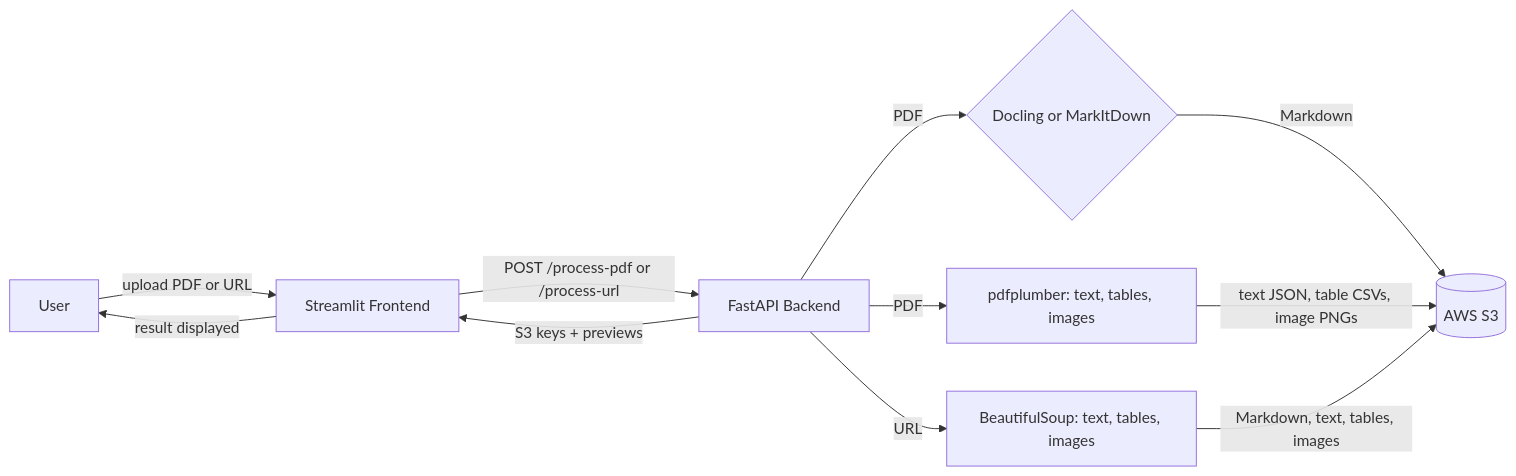
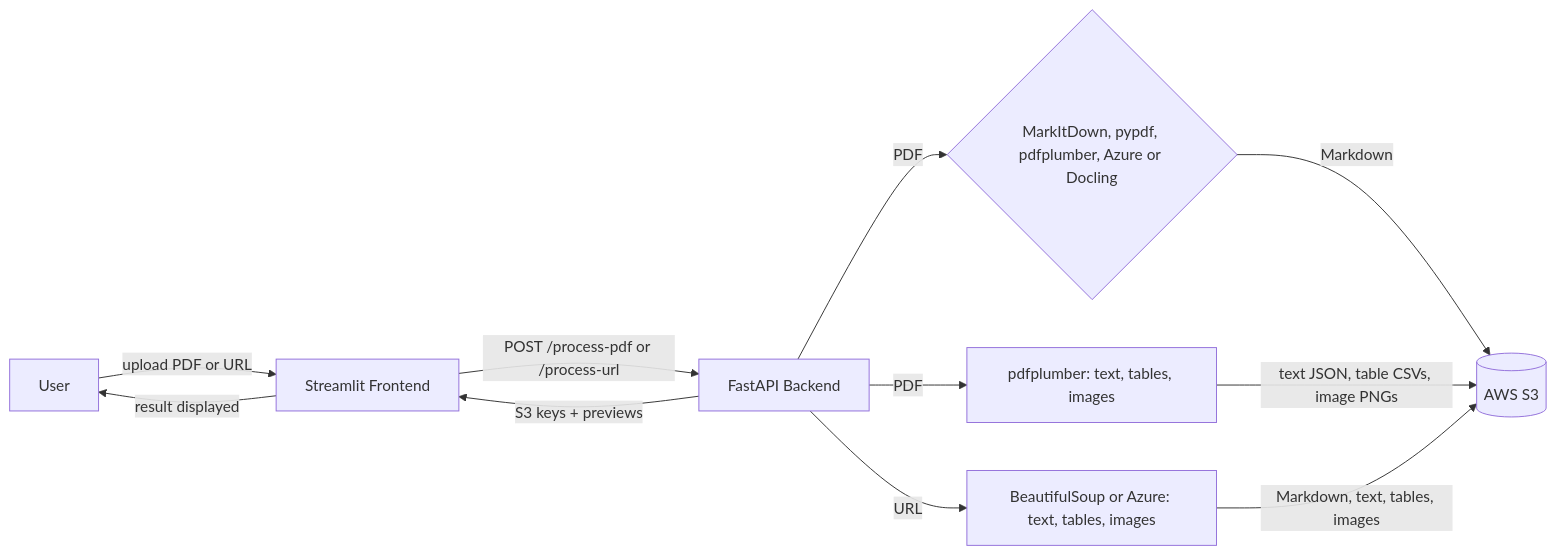
One commit to sarahk15-king/unstructured-data-ingestion-pipeline changed the diagram in README.md. Above: the diagram before and after it, drawn with Mermaid. The commit also changed other lines of this file, not shown here.

````diff
--- a/README.md
+++ b/README.md
@@ -23,13 +34,13 @@
 ```mermaid
 flowchart LR
     U[User] -->|upload PDF or URL| S[Streamlit Frontend]
     S -->|POST /process-pdf or /process-url| A[FastAPI Backend]
-    A -->|PDF| D{Docling or MarkItDown}
+    A -->|PDF| D{MarkItDown, pypdf, pdfplumber, Azure or Docling}
     A -->|PDF| P[pdfplumber: text, tables, images]
-    A -->|URL| W[BeautifulSoup: text, tables, images]
+    A -->|URL| W[BeautifulSoup or Azure: text, tables, images]
     D -->|Markdown| B[(AWS S3)]
     P -->|text JSON, table CSVs, image PNGs| B
     W -->|Markdown, text, tables, images| B
     A -->|S3 keys + previews| S
     S -->|result displayed| U
 ```
````
